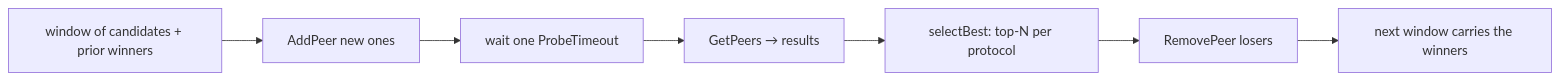
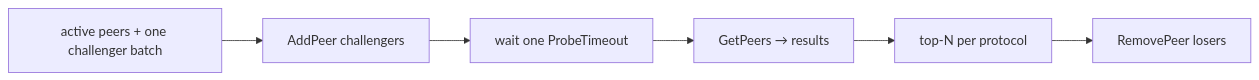
One commit to voluminor/ratatoskr changed the second of 2 diagrams in mod/peermgr/README.md. Above: the diagram before and after it, drawn with Mermaid. The commit also changed other lines of this file and 108 other files, not shown here.

````diff
--- a/mod/peermgr/README.md
+++ b/mod/peermgr/README.md
@@ -92,9 +110,8 @@
 ```mermaid
 flowchart LR
-    Window["window of candidates + prior winners"] --> AddPeer["AddPeer new ones"]
+    Batch["active peers + one challenger batch"] --> AddPeer["AddPeer challengers"]
     AddPeer --> Wait["wait one ProbeTimeout"]
     Wait --> GetPeers["GetPeers → results"]
-    GetPeers --> Select["selectBest: top-N per protocol"]
+    GetPeers --> Select["top-N per protocol"]
     Select --> Remove["RemovePeer losers"]
-    Remove --> Next["next window carries the winners"]
 ```
````
